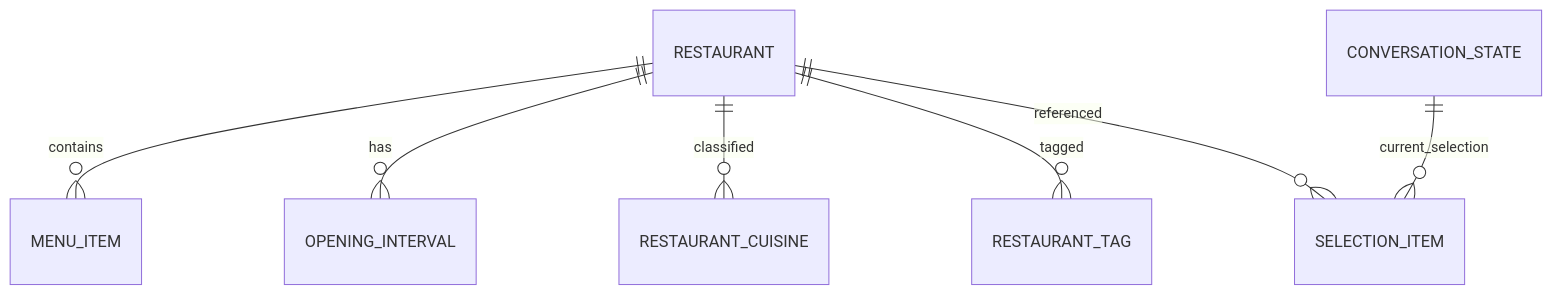
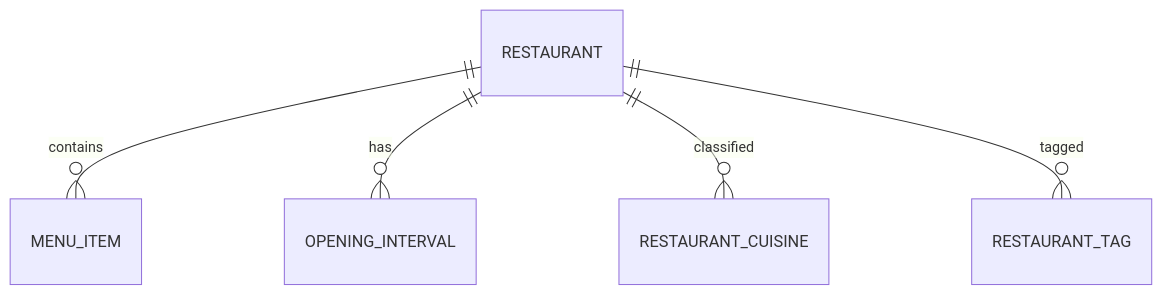
Before and after one commit to ilyakutarba-source/minsk-restaurant-ai-bot: the diagram in docs/DATABASE.md, drawn with Mermaid. The commit also changed other lines of this file and 7 other files, not shown here.

````diff
--- a/docs/DATABASE.md
+++ b/docs/DATABASE.md
@@ -137,9 +144,7 @@
 ```mermaid
 erDiagram
     RESTAURANT ||--o{ MENU_ITEM : contains
     RESTAURANT ||--o{ OPENING_INTERVAL : has
     RESTAURANT ||--o{ RESTAURANT_CUISINE : classified
     RESTAURANT ||--o{ RESTAURANT_TAG : tagged
-    CONVERSATION_STATE ||--o{ SELECTION_ITEM : current_selection
-    RESTAURANT ||--o{ SELECTION_ITEM : referenced
 ```
````
